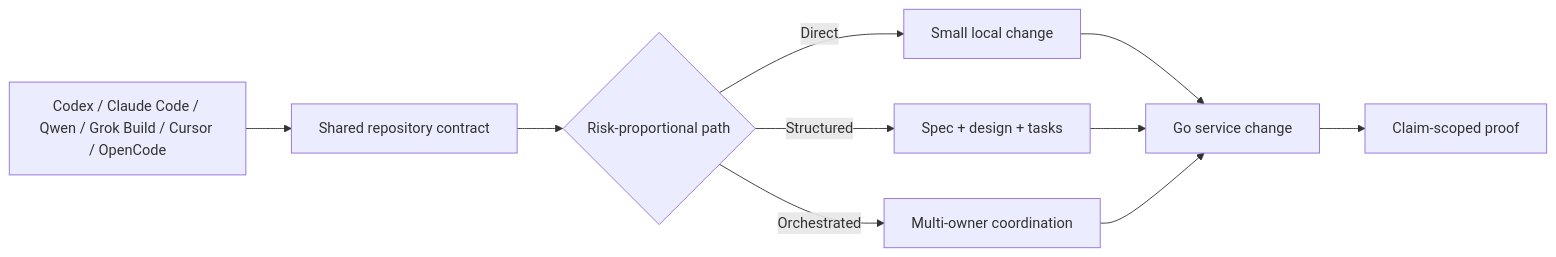
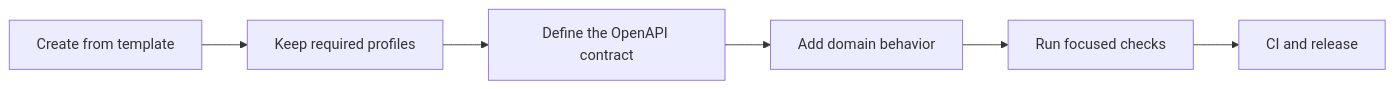
Before and after one commit to Dankosik/go-service-template-rest: the diagram in README.md, drawn with Mermaid. The commit also changed other lines of this file, not shown here.

````diff
--- a/README.md
+++ b/README.md
@@ -210,12 +109,8 @@
 ```mermaid
 flowchart LR
-    A["Codex / Claude Code / Qwen / Grok Build / Cursor / OpenCode"] --> B["Shared repository contract"]
-    B --> C{"Risk-proportional path"}
-    C -->|Direct| D["Small local change"]
-    C -->|Structured| E["Spec + design + tasks"]
-    C -->|Orchestrated| F["Multi-owner coordination"]
-    D --> G["Go service change"]
-    E --> G
-    F --> G
-    G --> H["Claim-scoped proof"]
+    A["Create from template"] --> B["Keep required profiles"]
+    B --> C["Define the OpenAPI contract"]
+    C --> D["Add domain behavior"]
+    D --> E["Run focused checks"]
+    E --> F["CI and release"]
 ```
````
